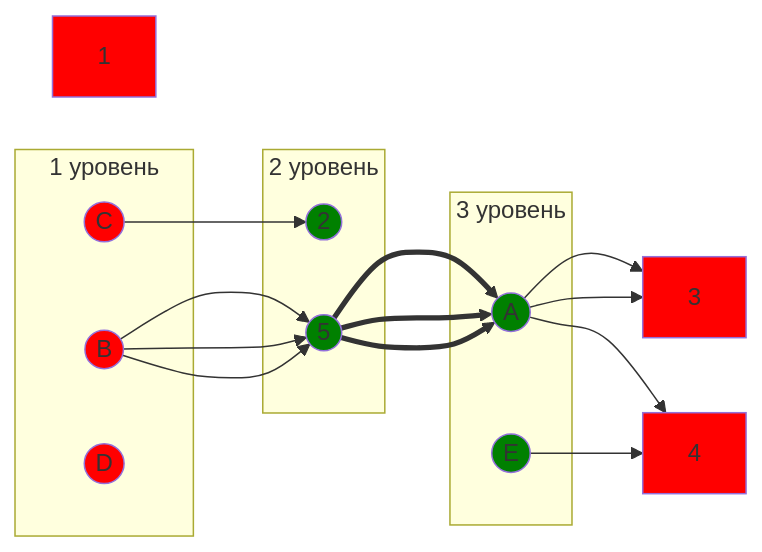
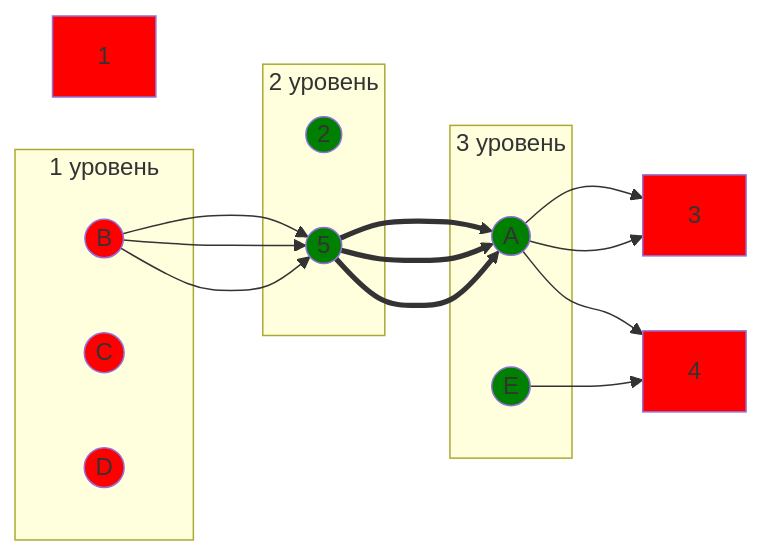
Before and after one commit to algos-ris-24-5/manual-tasks: the second of 11 diagrams in Задание 8/DIVI.md, drawn with Mermaid. The commit also changed other lines of this file, not shown here.

````diff
--- a/Задание 8/DIVI.md
+++ b/Задание 8/DIVI.md
@@ -49,33 +49,32 @@
 ```mermaid
 graph LR
     subgraph "1 уровень"
         B((B))
         C((C))
         D((D))
     end
     subgraph "2 уровень"
         5((5))
         2((2))
     end
     subgraph "3 уровень"
         A((A))
         E((E))
     end
     B --> 5 ==> A --> 3
     B --> 5 ==> A --> 4
-    C --> 2 
     E --> 4
     B --> 5 ==> A --> 3
 
     
     style B fill:#FF0000
     style C fill:#FF0000
     style D fill:#FF0000
     style A fill:#008000
     style E fill:#008000
     style 5 fill:#008000
     style 2 fill:#008000
     style 1 fill:#FF0000
     style 3 fill:#FF0000
     style 4 fill:#FF0000
 ```
````
